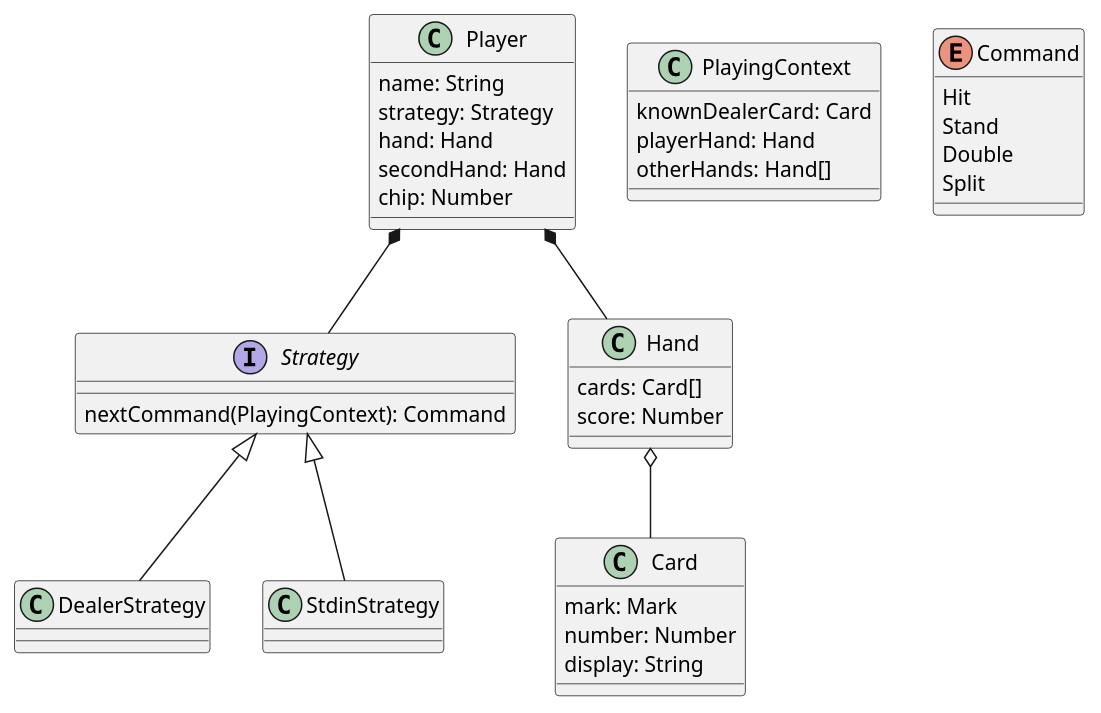
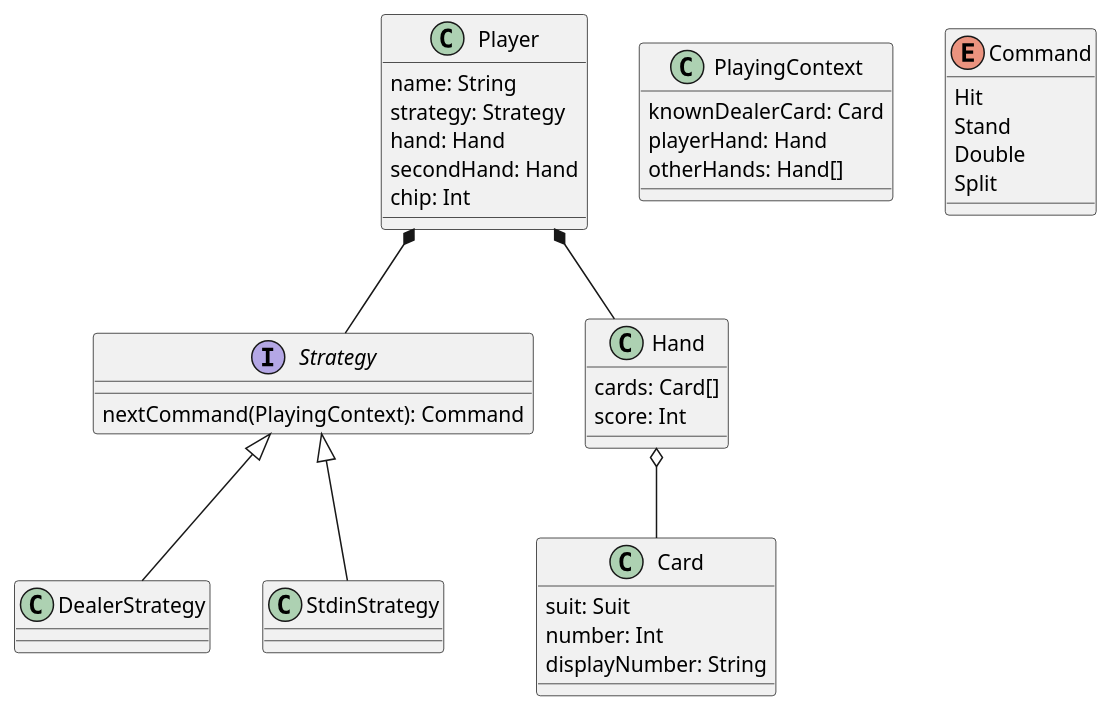
One commit to lettas/blackjack changed the diagram in design/class-diagrams.plantuml. Above: the diagram before and after it, drawn with PlantUML. The commit also changed 1 other file, not shown here.

Commit message:
Cardを実装（とともにクラス図を調整）

```diff
--- a/design/class-diagrams.plantuml
+++ b/design/class-diagrams.plantuml
@@ -1,44 +1,44 @@
 @startuml Blackjack
 
 class Player {
     name: String
     strategy: Strategy
     hand: Hand
     secondHand: Hand
-    chip: Number
+    chip: Int
 }
 Player *-- Strategy
 Player *-- Hand
 
 interface Strategy {
     nextCommand(PlayingContext): Command
 }
 Strategy <|-- DealerStrategy
 Strategy <|-- StdinStrategy
 
 class Hand {
     cards: Card[]
-    score: Number
+    score: Int
 }
 Hand o-- Card
 
 class Card {
-    mark: Mark
-    number: Number
-    display: String
+    suit: Suit
+    number: Int
+    displayNumber: String
 }
 
 class PlayingContext {
     knownDealerCard: Card
     playerHand: Hand
     otherHands: Hand[]
 }
 
 enum Command {
     Hit
     Stand
     Double
     Split
 }
 
 @enduml
```
